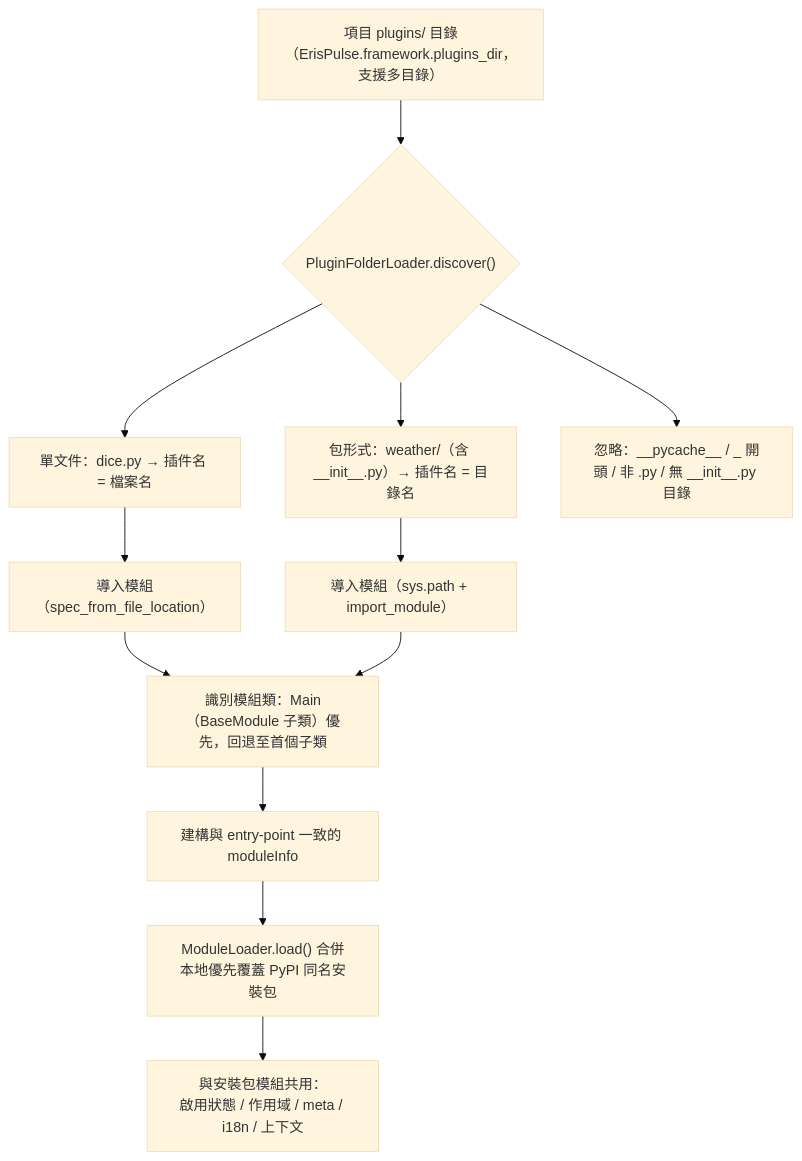
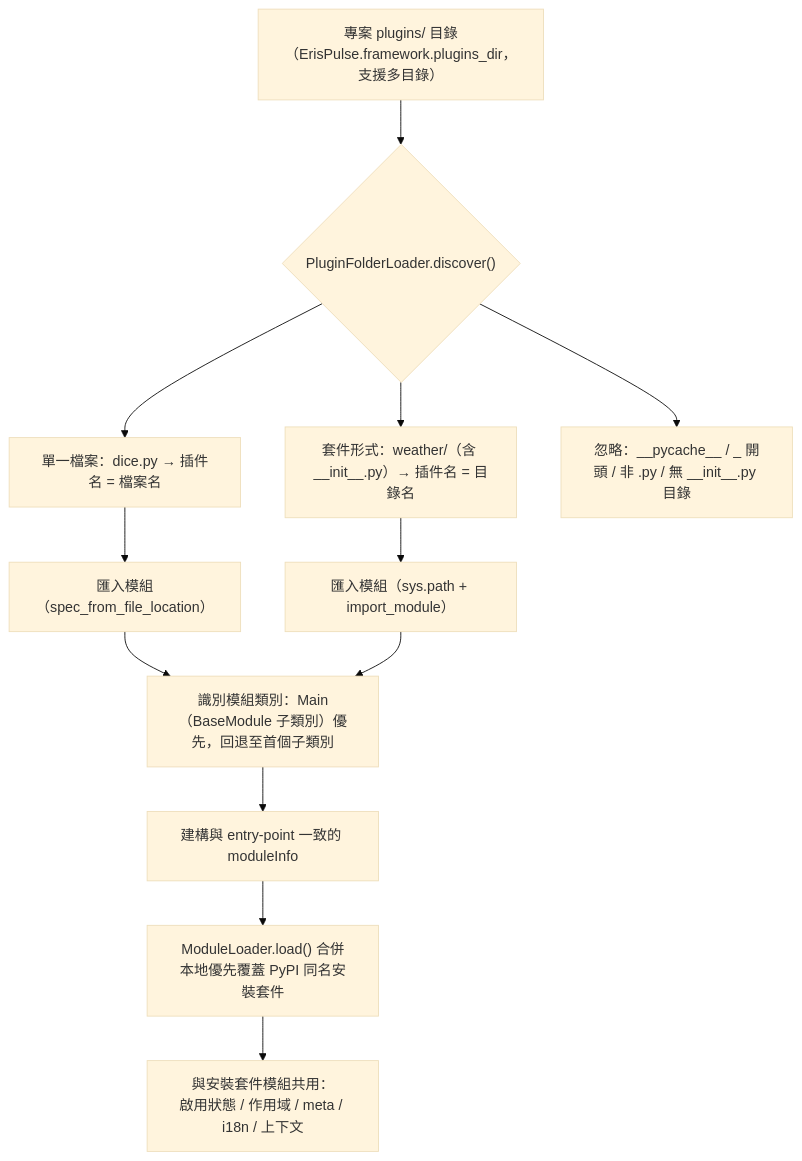
The eighth of 9 diagrams in docs/zh-TW/architecture.md (ErisPulse/ErisPulse), drawn with Mermaid (base theme) before and after one commit. The commit also changed other lines of this file and 299 other files, not shown here.

````diff
--- a/docs/zh-TW/architecture.md
+++ b/docs/zh-TW/architecture.md
@@ -259,14 +258,14 @@
 ```mermaid
 flowchart TD
-    A["項目 plugins/ 目錄<br/>（ErisPulse.framework.plugins_dir，支援多目錄）"] --> B{"PluginFolderLoader.discover()"}
-    B --> C["單文件：dice.py → 插件名 = 檔案名"]
-    B --> D["包形式：weather/（含 __init__.py）→ 插件名 = 目錄名"]
+    A["專案 plugins/ 目錄<br/>（ErisPulse.framework.plugins_dir，支援多目錄）"] --> B{"PluginFolderLoader.discover()"}
+    B --> C["單一檔案：dice.py → 插件名 = 檔案名"]
+    B --> D["套件形式：weather/（含 __init__.py）→ 插件名 = 目錄名"]
     B --> E["忽略：__pycache__ / _ 開頭 / 非 .py / 無 __init__.py 目錄"]
-    C --> F["導入模組（spec_from_file_location）"]
-    D --> G["導入模組（sys.path + import_module）"]
-    F --> H["識別模組類：Main（BaseModule 子類）優先，回退至首個子類"]
+    C --> F["匯入模組（spec_from_file_location）"]
+    D --> G["匯入模組（sys.path + import_module）"]
+    F --> H["識別模組類別：Main（BaseModule 子類別）優先，回退至首個子類別"]
     G --> H
     H --> I["建構與 entry-point 一致的 moduleInfo"]
-    I --> J["ModuleLoader.load() 合併<br/>本地優先覆蓋 PyPI 同名安裝包"]
-    J --> K["與安裝包模組共用：<br/>啟用狀態 / 作用域 / meta / i18n / 上下文"]
+    I --> J["ModuleLoader.load() 合併<br/>本地優先覆蓋 PyPI 同名安裝套件"]
+    J --> K["與安裝套件模組共用：<br/>啟用狀態 / 作用域 / meta / i18n / 上下文"]
 ```
````
